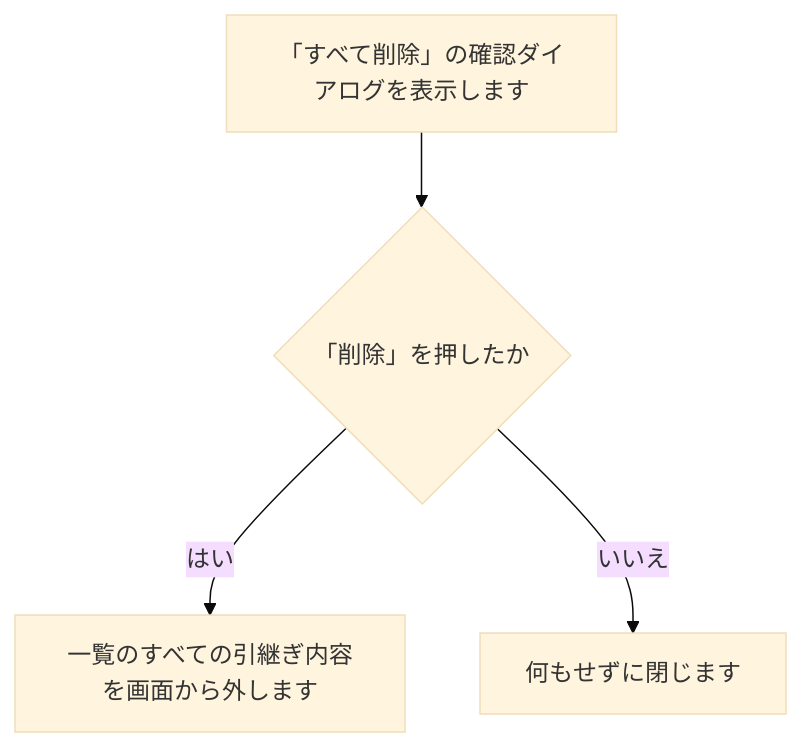
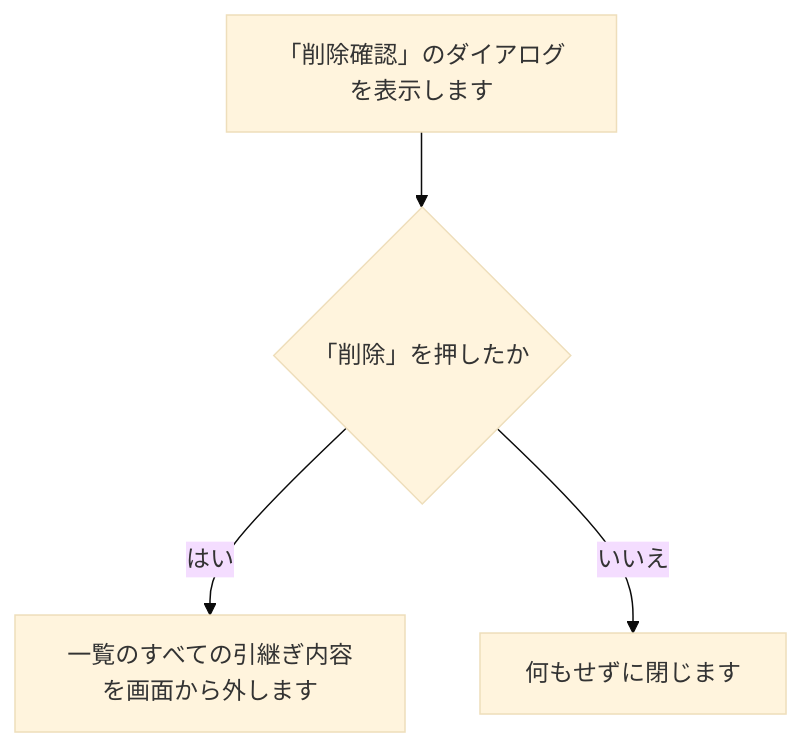
One commit to nishida2073/project_management changed diagram 20 of 34 in tool/smstokintone/doc/02_設計/処理フロー.md. Above: the diagram before and after it, drawn with Mermaid (base theme). The commit also changed other lines of this file, not shown here.

````diff
--- a/tool/smstokintone/doc/02_設計/処理フロー.md
+++ b/tool/smstokintone/doc/02_設計/処理フロー.md
@@ -331,6 +331,6 @@
 ```mermaid
 flowchart TD
-  A["「すべて削除」の確認ダイアログを表示します"] --> B{"「削除」を押したか"}
+  A["「削除確認」のダイアログを表示します"] --> B{"「削除」を押したか"}
   B -- はい --> D["一覧のすべての引継ぎ内容を画面から外します"]
   B -- いいえ --> C["何もせずに閉じます"]
 ```
````
